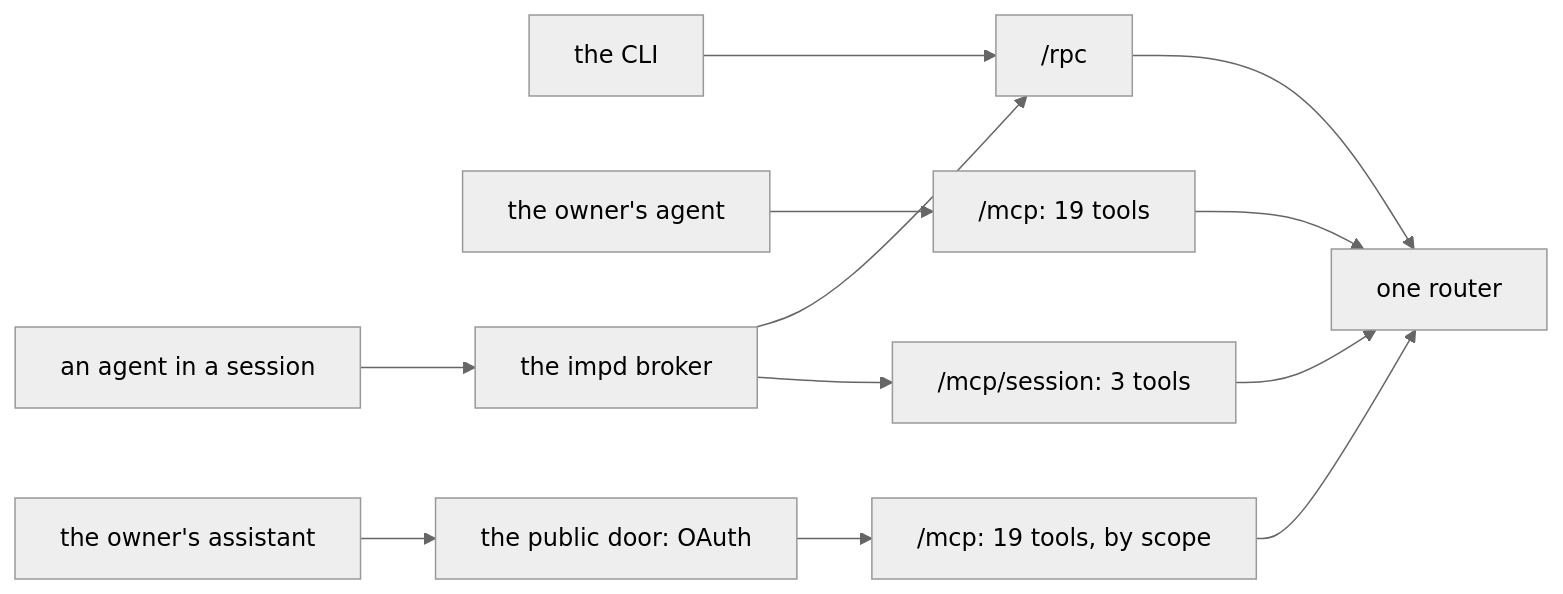
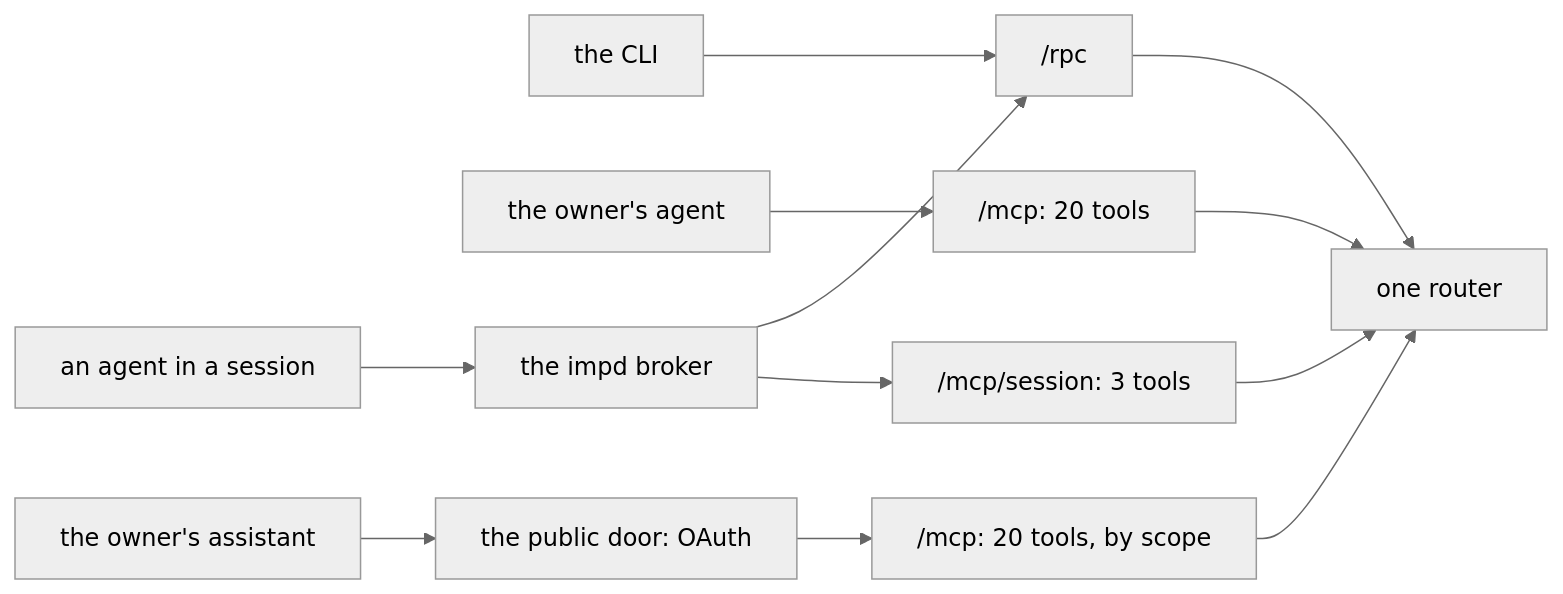
One commit to zgeoff/boxxy changed the diagram in docs/design/boxxy/v1-api-and-auth.md. Above: the diagram before and after it, drawn with Mermaid (neutral theme). The commit also changed other lines of this file and 41 other files, not shown here.

````diff
--- a/docs/design/boxxy/v1-api-and-auth.md
+++ b/docs/design/boxxy/v1-api-and-auth.md
@@ -7,13 +7,13 @@
 ```mermaid
 flowchart LR
   cli[the CLI] --> rpc["/rpc"]
-  owner[the owner's agent] --> mcp["/mcp: 19 tools"]
-  remote[the owner's assistant] --> oauth[the public door: OAuth] --> pmcp["/mcp: 19 tools, by scope"]
+  owner[the owner's agent] --> mcp["/mcp: 20 tools"]
+  remote[the owner's assistant] --> oauth[the public door: OAuth] --> pmcp["/mcp: 20 tools, by scope"]
   session[an agent in a session] --> broker[the impd broker]
   broker --> rpc
   broker --> smcp["/mcp/session: 3 tools"]
   rpc --> router[one router]
   mcp --> router
   pmcp --> router
   smcp --> router
 ```
````
